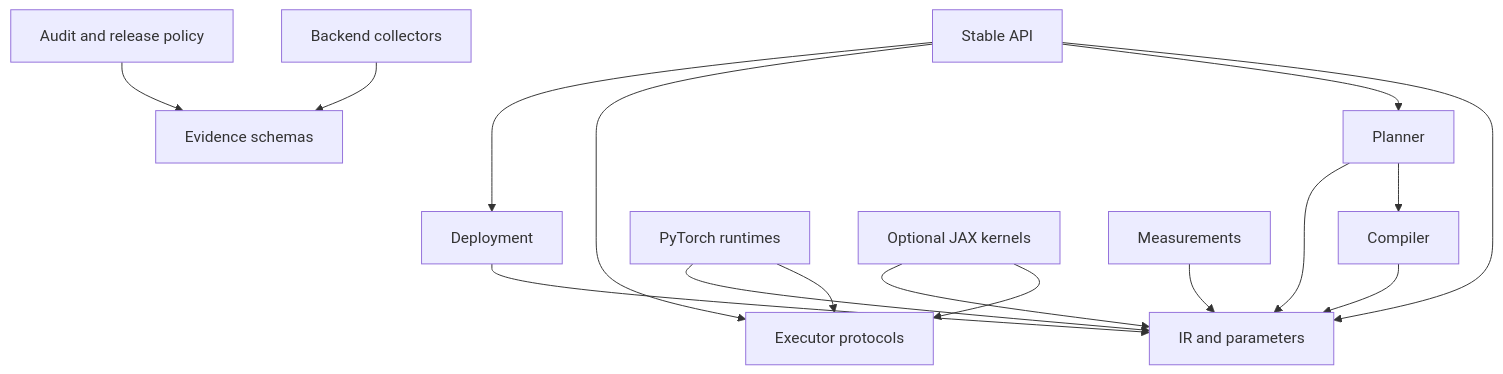
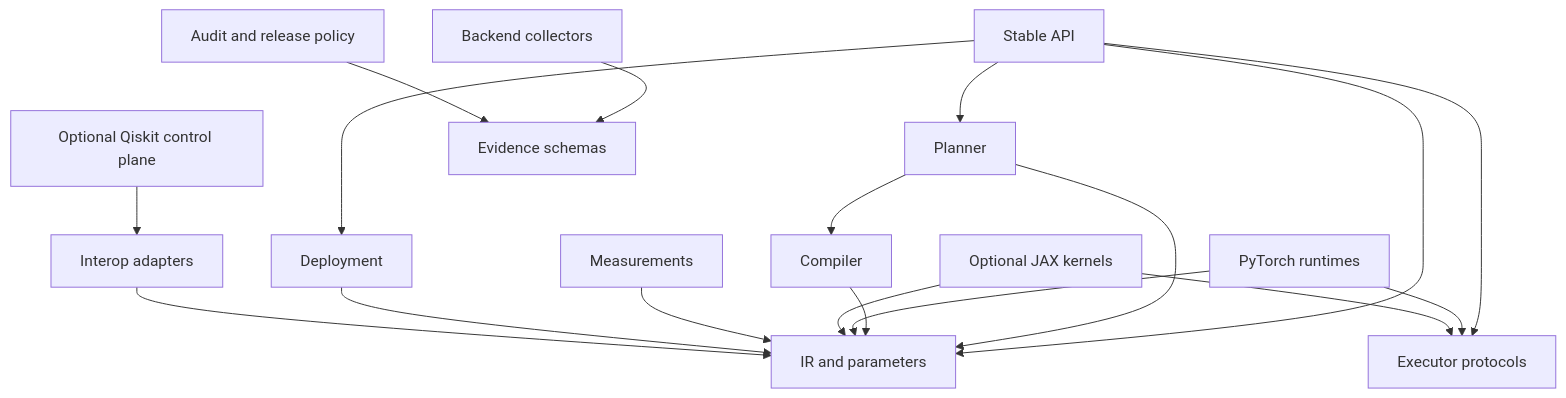
One commit to flagos-ai/FlagQuantum changed the diagram in docs/architecture/ARCHITECTURE_DEPENDENCIES.md. Above: the diagram before and after it, drawn with Mermaid. The commit also changed other lines of this file and 20 other files, not shown here.

````diff
--- a/docs/architecture/ARCHITECTURE_DEPENDENCIES.md
+++ b/docs/architecture/ARCHITECTURE_DEPENDENCIES.md
@@ -5,18 +5,20 @@
 ```mermaid
 flowchart TD
     API[Stable API] --> IR[IR and parameters]
     API --> Planner[Planner]
     API --> Exec[Executor protocols]
     API --> Deploy[Deployment]
     Planner --> Compiler[Compiler]
     Planner --> IR
     Compiler --> IR
     Torch[PyTorch runtimes] --> Exec
     Torch --> IR
     JAX[Optional JAX kernels] --> Exec
     JAX --> IR
     Measure[Measurements] --> IR
     Deploy --> IR
+    Qiskit[Optional Qiskit control plane] --> Interop[Interop adapters]
+    Interop --> IR
     Collector[Backend collectors] --> Evidence[Evidence schemas]
     Audit[Audit and release policy] --> Evidence
 ```
````
